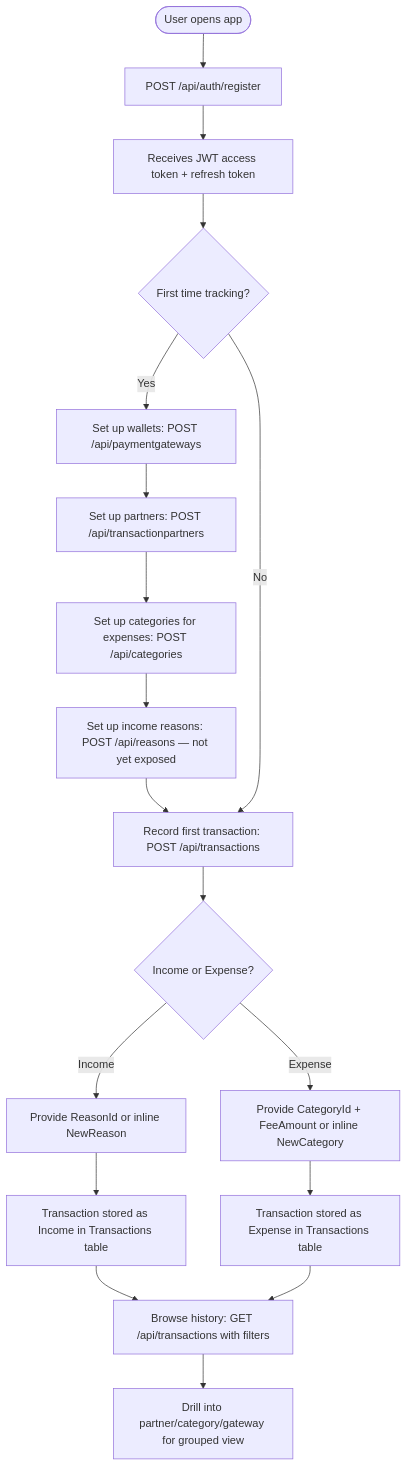
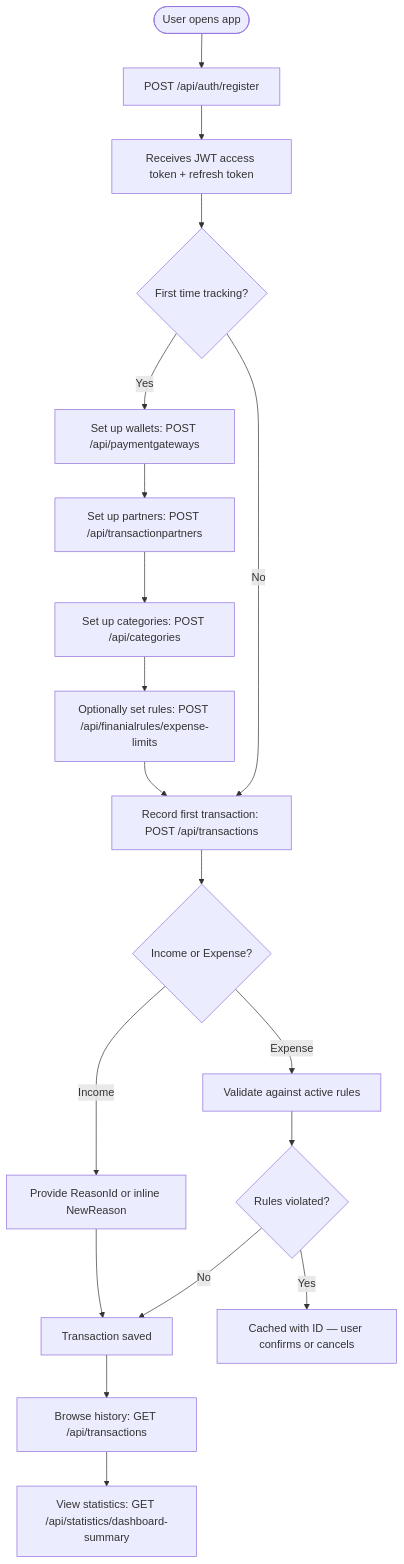
One commit to EngAbdoS/PersonalBudgetTrackerAPI changed the first of 3 diagrams in README.md. Above: the diagram before and after it, drawn with Mermaid. The commit also changed other lines of this file, not shown here.

````diff
--- a/README.md
+++ b/README.md
@@ -158,20 +141,21 @@
 ```mermaid
 flowchart TD
     A([User opens app]) --> B[POST /api/auth/register]
     B --> C[Receives JWT access token + refresh token]
     C --> D{First time tracking?}
     D -- Yes --> E[Set up wallets: POST /api/paymentgateways]
     E --> F[Set up partners: POST /api/transactionpartners]
-    F --> G[Set up categories for expenses: POST /api/categories]
-    G --> H[Set up income reasons: POST /api/reasons — not yet exposed]
+    F --> G[Set up categories: POST /api/categories]
+    G --> H[Optionally set rules: POST /api/finanialrules/expense-limits]
     H --> I[Record first transaction: POST /api/transactions]
     D -- No --> I
     I --> J{Income or Expense?}
     J -- Income --> K[Provide ReasonId or inline NewReason]
-    J -- Expense --> L[Provide CategoryId + FeeAmount or inline NewCategory]
-    K --> M[Transaction stored as Income in Transactions table]
-    L --> N[Transaction stored as Expense in Transactions table]
-    M --> O[Browse history: GET /api/transactions with filters]
-    N --> O
-    O --> P[Drill into partner/category/gateway for grouped view]
+    J -- Expense --> L[Validate against active rules]
+    L --> L1{Rules violated?}
+    L1 -- No --> M[Transaction saved]
+    L1 -- Yes --> N[Cached with ID — user confirms or cancels]
+    K --> M
+    M --> O[Browse history: GET /api/transactions]
+    O --> P[View statistics: GET /api/statistics/dashboard-summary]
 ```
````
